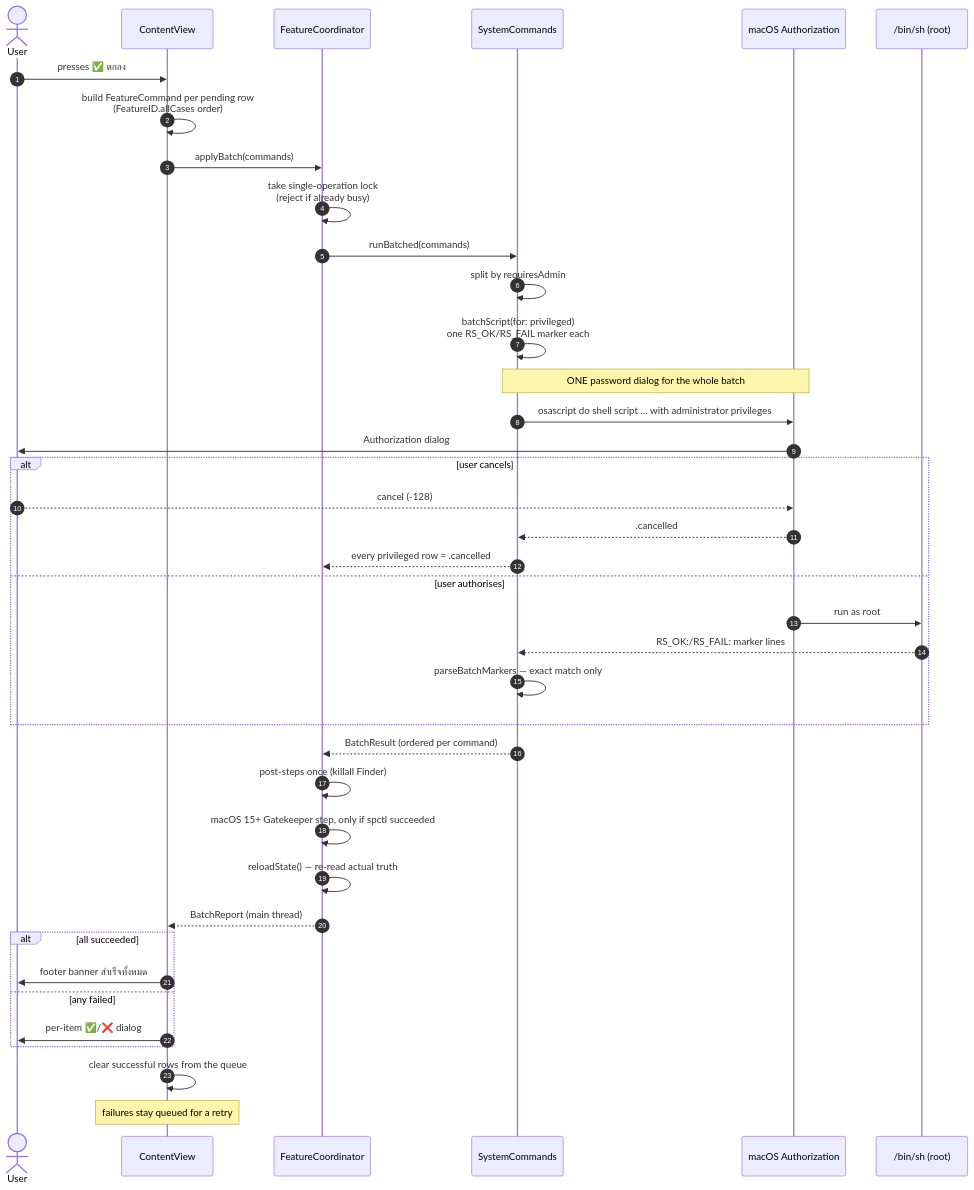
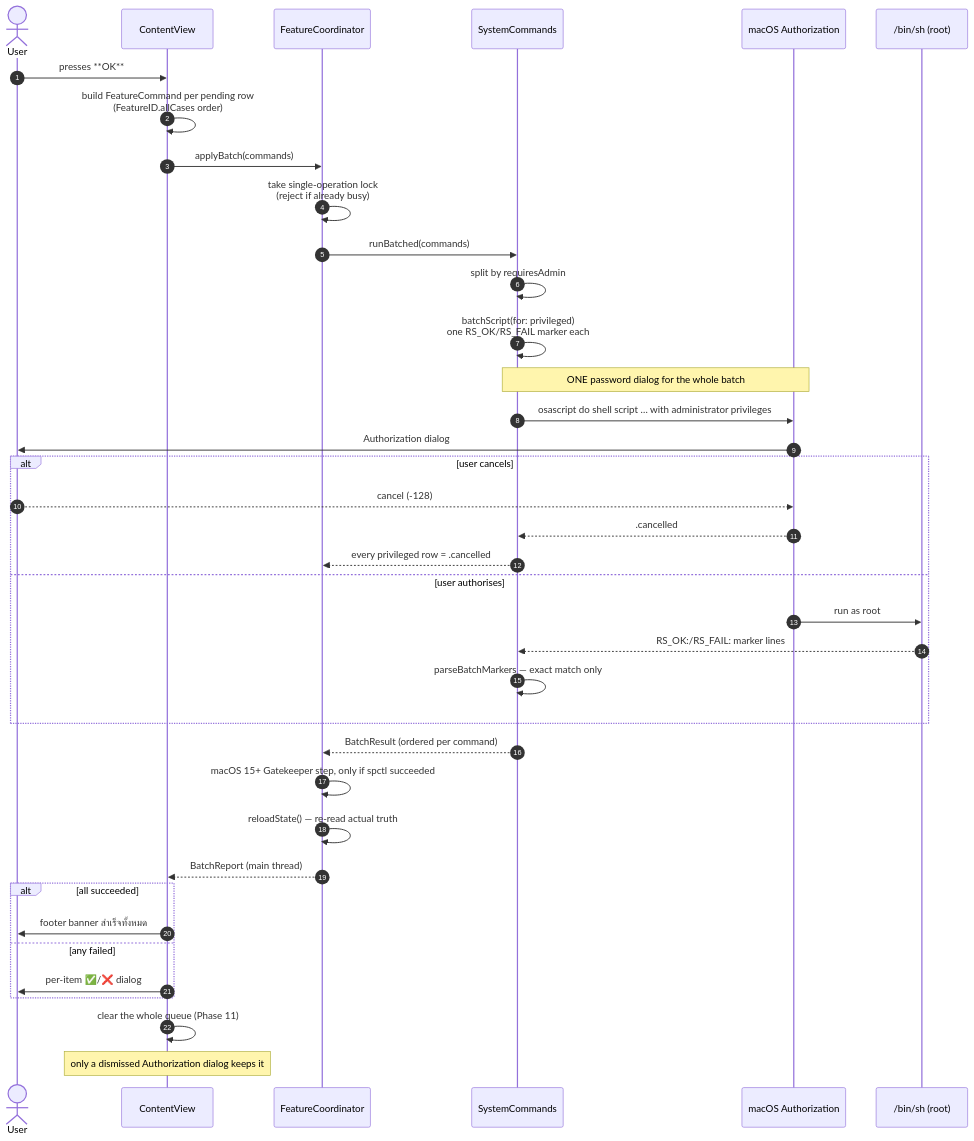
One commit to pppoipoit/Rosetta_Stone changed the sixth of 10 diagrams in docs/ARCHITECTURE.md. Above: the diagram before and after it, drawn with Mermaid. The commit also changed other lines of this file and 17 other files, not shown here.

````diff
--- a/docs/ARCHITECTURE.md
+++ b/docs/ARCHITECTURE.md
@@ -415,47 +415,46 @@
 ```mermaid
 sequenceDiagram
     autonumber
     actor U as User
     participant V as ContentView
     participant C as FeatureCoordinator
     participant S as SystemCommands
     participant OS as macOS Authorization
     participant SH as /bin/sh (root)
 
-    U->>V: presses ✅ ตกลง
+    U->>V: presses **OK**
     V->>V: build FeatureCommand per pending row<br/>(FeatureID.allCases order)
     V->>C: applyBatch(commands)
     C->>C: take single-operation lock<br/>(reject if already busy)
     C->>S: runBatched(commands)
 
     S->>S: split by requiresAdmin
     S->>S: batchScript(for: privileged)<br/>one RS_OK/RS_FAIL marker each
 
     Note over S,OS: ONE password dialog for the whole batch
     S->>OS: osascript do shell script … with administrator privileges
     OS->>U: Authorization dialog
     alt user cancels
         U-->>OS: cancel (-128)
         OS-->>S: .cancelled
         S-->>C: every privileged row = .cancelled
     else user authorises
         OS->>SH: run as root
         SH-->>S: RS_OK:/RS_FAIL: marker lines
         S->>S: parseBatchMarkers — exact match only
     end
 
     S-->>C: BatchResult (ordered per command)
 
-    C->>C: post-steps once (killall Finder)
     C->>C: macOS 15+ Gatekeeper step, only if spctl succeeded
     C->>C: reloadState() — re-read actual truth
     C-->>V: BatchReport (main thread)
 
     alt all succeeded
         V->>U: footer banner สำเร็จทั้งหมด
     else any failed
         V->>U: per-item ✅/❌ dialog
     end
-    V->>V: clear successful rows from the queue
-    Note over V: failures stay queued for a retry
+    V->>V: clear the whole queue (Phase 11)
+    Note over V: only a dismissed Authorization dialog keeps it
 ```
````
